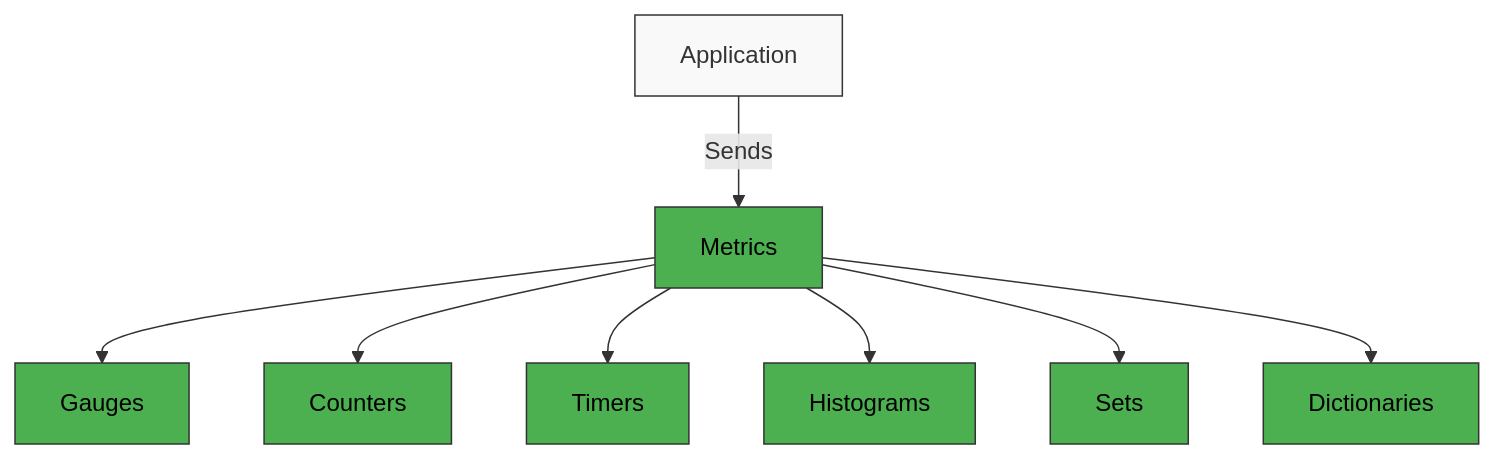
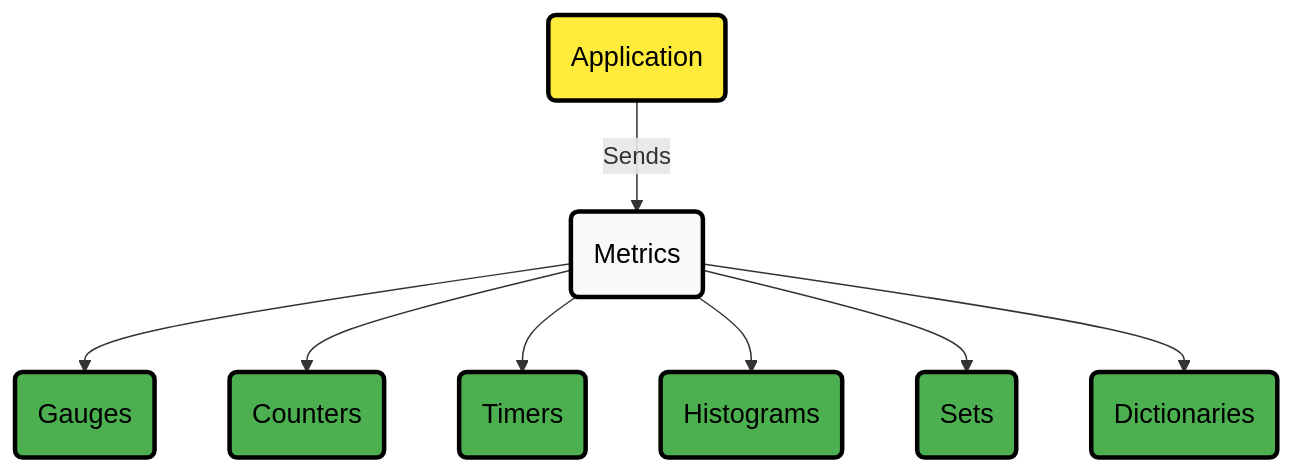
One commit to netdata/netdata changed the second of 4 diagrams in src/collectors/statsd.plugin/README.md. Above: the diagram before and after it, drawn with Mermaid. The commit also changed other lines of this file and 21 other files, not shown here.

Commit message:
Fix Mermaid diagrams across multiple files

````diff
--- a/src/collectors/statsd.plugin/README.md
+++ b/src/collectors/statsd.plugin/README.md
@@ -92,19 +97,21 @@
 ```mermaid
-graph TD
-    A[Application] -->|Sends| B[Metrics]
-    B --> C[Gauges]
-    B --> D[Counters]
-    B --> E[Timers]
-    B --> F[Histograms]
-    B --> G[Sets]
-    B --> H[Dictionaries]
+flowchart TD
+    A("Application") -->|"Sends"| B("Metrics")
+    B --> C("Gauges")
+    B --> D("Counters")
+    B --> E("Timers")
+    B --> F("Histograms")
+    B --> G("Sets")
+    B --> H("Dictionaries")
     
-    style A fill:#f9f9f9,stroke:#333,stroke-width:1px
-    style B fill:#4caf50,stroke:#333,stroke-width:1px,color:black
-    style C fill:#4caf50,stroke:#333,stroke-width:1px,color:black
-    style D fill:#4caf50,stroke:#333,stroke-width:1px,color:black
-    style E fill:#4caf50,stroke:#333,stroke-width:1px,color:black
-    style F fill:#4caf50,stroke:#333,stroke-width:1px,color:black
-    style G fill:#4caf50,stroke:#333,stroke-width:1px,color:black
-    style H fill:#4caf50,stroke:#333,stroke-width:1px,color:black
+    %% Style definitions
+    classDef alert fill:#ffeb3b,stroke:#000000,stroke-width:3px,color:#000000,font-size:18px
+    classDef neutral fill:#f9f9f9,stroke:#000000,stroke-width:3px,color:#000000,font-size:18px
+    classDef complete fill:#4caf50,stroke:#000000,stroke-width:3px,color:#000000,font-size:18px
+    classDef database fill:#2196F3,stroke:#000000,stroke-width:3px,color:#000000,font-size:18px
+
+    %% Apply styles
+    class A alert
+    class B neutral
+    class C,D,E,F,G,H complete
 ```
````
